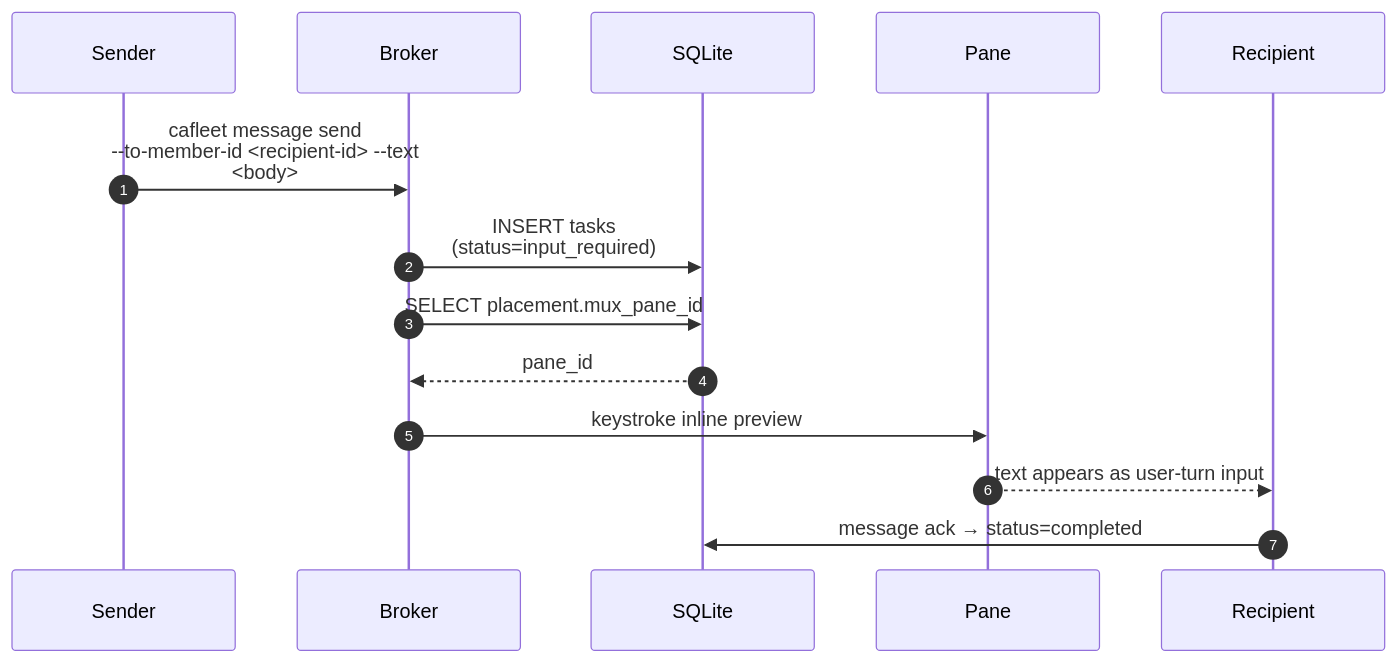
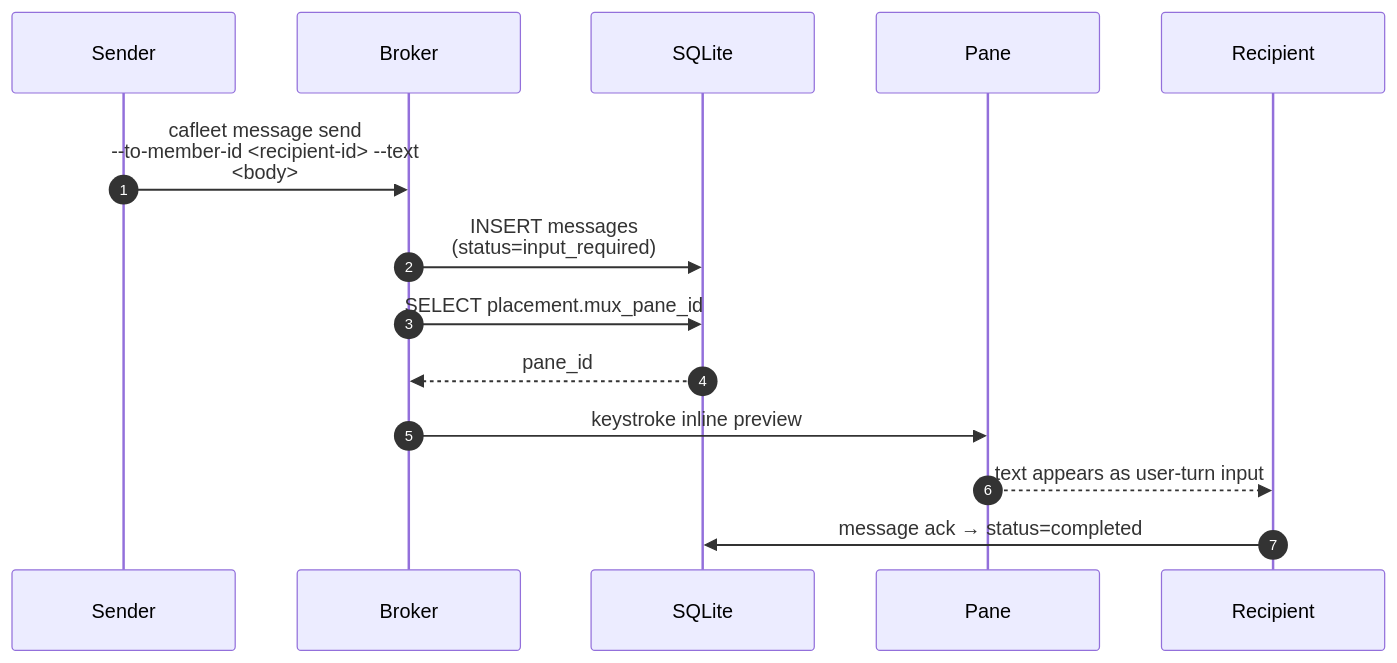
One commit to himkt/cafleet changed the diagram in docs/spec/multiplexer-backends.md. Above: the diagram before and after it, drawn with Mermaid. The commit also changed other lines of this file and 25 other files, not shown here.

Commit message:
docs: rename tasks table vocabulary to messages across docs, SPEC, and skills

````diff
--- a/docs/spec/multiplexer-backends.md
+++ b/docs/spec/multiplexer-backends.md
@@ -99,18 +99,18 @@
 ```mermaid
 %%{init: {'theme': 'default', 'sequence': {'actorFontSize': 18, 'messageFontSize': 16, 'noteFontSize': 16, 'wrap': true, 'width': 180}}}%%
 sequenceDiagram
     autonumber
     participant Sender
     participant Broker
     participant DB as SQLite
     participant Pane
     participant Recipient
 
     Sender->>Broker: cafleet message send --to-member-id <recipient-id> --text <body>
-    Broker->>DB: INSERT tasks (status=input_required)
+    Broker->>DB: INSERT messages (status=input_required)
     Broker->>DB: SELECT placement.mux_pane_id
     DB-->>Broker: pane_id
     Broker->>Pane: keystroke inline preview
     Pane-->>Recipient: text appears as user-turn input
     Recipient->>DB: message ack → status=completed
 ```
````
